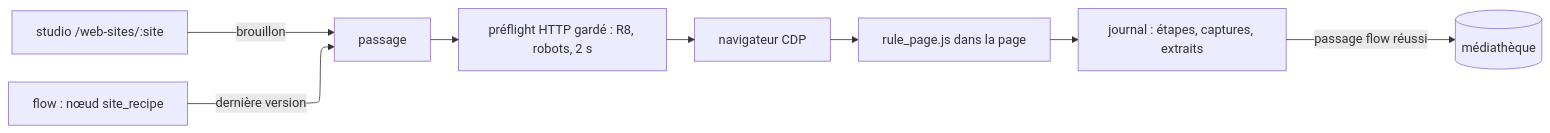
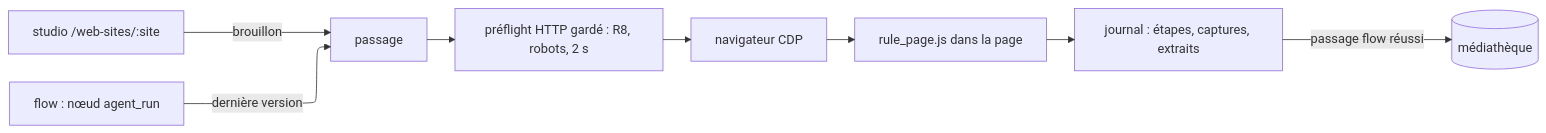
One commit to Pnex/pnex-rs changed diagram 17 of 20 in docs/architecture/agents.md. Above: the diagram before and after it, drawn with Mermaid. The commit also changed other lines of this file and 44 other files, not shown here.

First line of the commit message:
feat(flows)!: agent_run plays website rules, site_recipe node removed (D786)

````diff
--- a/docs/architecture/agents.md
+++ b/docs/architecture/agents.md
@@ -460,14 +460,14 @@
 ```mermaid
 ---
 config:
   layout: elk
 ---
 flowchart LR
   st[studio /web-sites/:site] -->|brouillon| run[passage]
-  fl[flow : nœud site_recipe] -->|dernière version| run
+  fl[flow : nœud agent_run] -->|dernière version| run
   run --> pre[préflight HTTP gardé : R8, robots, 2 s]
   pre --> cdp[navigateur CDP]
   cdp --> page[rule_page.js dans la page]
   page --> jr[journal : étapes, captures, extraits]
   jr -->|passage flow réussi| med[(médiathèque)]
 ```
````
